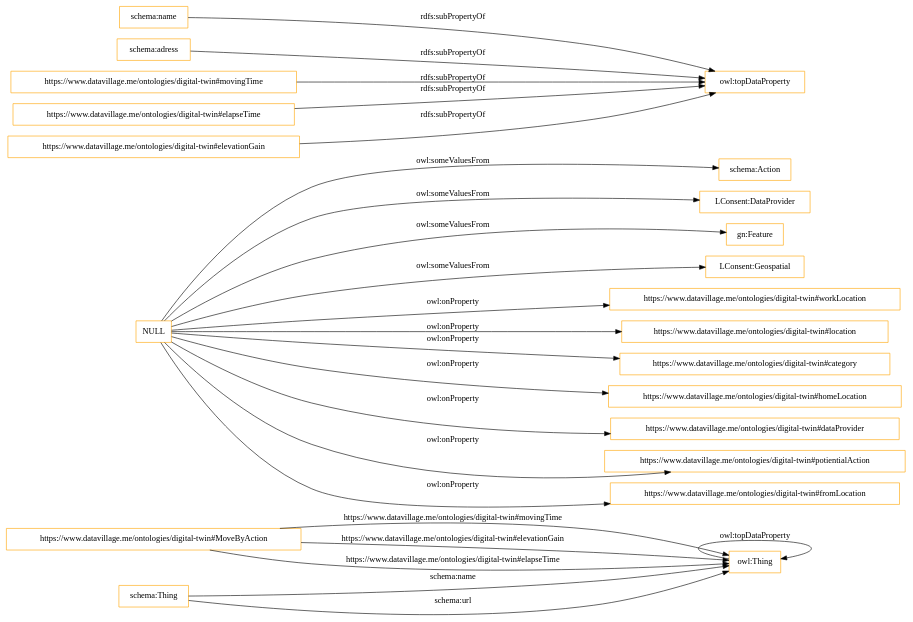
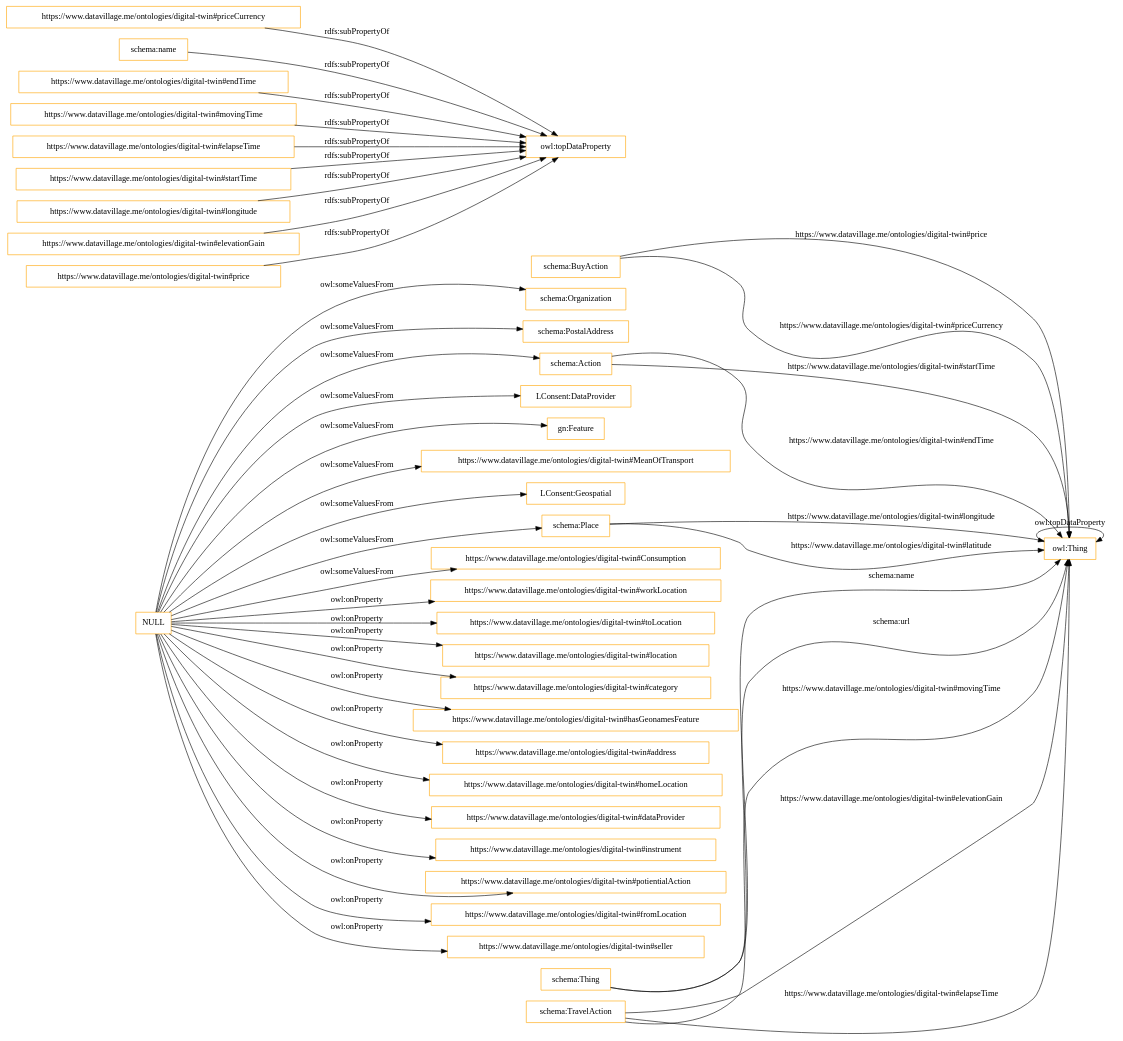
One commit to datavillage-me/ontologies changed the diagram in OnToology/digital-twin/ontology.owl/diagrams/ar2dtool-class/ontology.owl.png.dot. Above: the diagram before and after it, drawn with Graphviz. The commit also changed 27 other files, not shown here.

```diff
--- a/OnToology/digital-twin/ontology.owl/diagrams/ar2dtool-class/ontology.owl.png.dot
+++ b/OnToology/digital-twin/ontology.owl/diagrams/ar2dtool-class/ontology.owl.png.dot
@@ -1,28 +1,48 @@
 digraph ar2dtool_diagram { 
 rankdir=LR;
 size="1501"
-node [shape = rectangle, color="orange"]; "https://www.datavillage.me/ontologies/digital-twin#MoveByAction" "schema:Action" "LConsent:DataProvider" "schema:Thing" "gn:Feature" "LConsent:Geospatial" ; /*classes style*/
+node [shape = rectangle, color="orange"]; "schema:BuyAction" "schema:Organization" "schema:PostalAddress" "schema:Action" "LConsent:DataProvider" "schema:Thing" "gn:Feature" "https://www.datavillage.me/ontologies/digital-twin#MeanOfTransport" "LConsent:Geospatial" "schema:Place" "https://www.datavillage.me/ontologies/digital-twin#Consumption" "schema:TravelAction" ; /*classes style*/
+	"https://www.datavillage.me/ontologies/digital-twin#priceCurrency" -> "owl:topDataProperty" [ label = "rdfs:subPropertyOf" ];
 	"schema:name" -> "owl:topDataProperty" [ label = "rdfs:subPropertyOf" ];
-	"schema:adress" -> "owl:topDataProperty" [ label = "rdfs:subPropertyOf" ];
+	"https://www.datavillage.me/ontologies/digital-twin#endTime" -> "owl:topDataProperty" [ label = "rdfs:subPropertyOf" ];
 	"https://www.datavillage.me/ontologies/digital-twin#movingTime" -> "owl:topDataProperty" [ label = "rdfs:subPropertyOf" ];
 	"https://www.datavillage.me/ontologies/digital-twin#elapseTime" -> "owl:topDataProperty" [ label = "rdfs:subPropertyOf" ];
+	"https://www.datavillage.me/ontologies/digital-twin#startTime" -> "owl:topDataProperty" [ label = "rdfs:subPropertyOf" ];
+	"https://www.datavillage.me/ontologies/digital-twin#longitude" -> "owl:topDataProperty" [ label = "rdfs:subPropertyOf" ];
 	"https://www.datavillage.me/ontologies/digital-twin#elevationGain" -> "owl:topDataProperty" [ label = "rdfs:subPropertyOf" ];
 	"NULL" -> "https://www.datavillage.me/ontologies/digital-twin#workLocation" [ label = "owl:onProperty" ];
+	"NULL" -> "https://www.datavillage.me/ontologies/digital-twin#toLocation" [ label = "owl:onProperty" ];
 	"NULL" -> "https://www.datavillage.me/ontologies/digital-twin#location" [ label = "owl:onProperty" ];
 	"NULL" -> "gn:Feature" [ label = "owl:someValuesFrom" ];
 	"NULL" -> "https://www.datavillage.me/ontologies/digital-twin#category" [ label = "owl:onProperty" ];
+	"NULL" -> "https://www.datavillage.me/ontologies/digital-twin#hasGeonamesFeature" [ label = "owl:onProperty" ];
+	"NULL" -> "https://www.datavillage.me/ontologies/digital-twin#address" [ label = "owl:onProperty" ];
 	"NULL" -> "https://www.datavillage.me/ontologies/digital-twin#homeLocation" [ label = "owl:onProperty" ];
 	"NULL" -> "https://www.datavillage.me/ontologies/digital-twin#dataProvider" [ label = "owl:onProperty" ];
+	"NULL" -> "https://www.datavillage.me/ontologies/digital-twin#instrument" [ label = "owl:onProperty" ];
+	"NULL" -> "schema:Place" [ label = "owl:someValuesFrom" ];
+	"NULL" -> "schema:PostalAddress" [ label = "owl:someValuesFrom" ];
 	"NULL" -> "LConsent:Geospatial" [ label = "owl:someValuesFrom" ];
 	"NULL" -> "schema:Action" [ label = "owl:someValuesFrom" ];
+	"NULL" -> "schema:Organization" [ label = "owl:someValuesFrom" ];
 	"NULL" -> "https://www.datavillage.me/ontologies/digital-twin#potientialAction" [ label = "owl:onProperty" ];
 	"NULL" -> "LConsent:DataProvider" [ label = "owl:someValuesFrom" ];
+	"NULL" -> "https://www.datavillage.me/ontologies/digital-twin#MeanOfTransport" [ label = "owl:someValuesFrom" ];
+	"NULL" -> "https://www.datavillage.me/ontologies/digital-twin#Consumption" [ label = "owl:someValuesFrom" ];
 	"NULL" -> "https://www.datavillage.me/ontologies/digital-twin#fromLocation" [ label = "owl:onProperty" ];
-	"https://www.datavillage.me/ontologies/digital-twin#MoveByAction" -> "owl:Thing" [ label = "https://www.datavillage.me/ontologies/digital-twin#movingTime" ];
+	"NULL" -> "https://www.datavillage.me/ontologies/digital-twin#seller" [ label = "owl:onProperty" ];
+	"https://www.datavillage.me/ontologies/digital-twin#price" -> "owl:topDataProperty" [ label = "rdfs:subPropertyOf" ];
+	"schema:BuyAction" -> "owl:Thing" [ label = "https://www.datavillage.me/ontologies/digital-twin#price" ];
+	"schema:TravelAction" -> "owl:Thing" [ label = "https://www.datavillage.me/ontologies/digital-twin#movingTime" ];
 	"schema:Thing" -> "owl:Thing" [ label = "schema:name" ];
-	"https://www.datavillage.me/ontologies/digital-twin#MoveByAction" -> "owl:Thing" [ label = "https://www.datavillage.me/ontologies/digital-twin#elevationGain" ];
-	"https://www.datavillage.me/ontologies/digital-twin#MoveByAction" -> "owl:Thing" [ label = "https://www.datavillage.me/ontologies/digital-twin#elapseTime" ];
+	"schema:Action" -> "owl:Thing" [ label = "https://www.datavillage.me/ontologies/digital-twin#startTime" ];
+	"schema:BuyAction" -> "owl:Thing" [ label = "https://www.datavillage.me/ontologies/digital-twin#priceCurrency" ];
+	"schema:TravelAction" -> "owl:Thing" [ label = "https://www.datavillage.me/ontologies/digital-twin#elevationGain" ];
+	"schema:TravelAction" -> "owl:Thing" [ label = "https://www.datavillage.me/ontologies/digital-twin#elapseTime" ];
+	"schema:Place" -> "owl:Thing" [ label = "https://www.datavillage.me/ontologies/digital-twin#longitude" ];
 	"owl:Thing" -> "owl:Thing" [ label = "owl:topDataProperty" ];
+	"schema:Action" -> "owl:Thing" [ label = "https://www.datavillage.me/ontologies/digital-twin#endTime" ];
 	"schema:Thing" -> "owl:Thing" [ label = "schema:url" ];
+	"schema:Place" -> "owl:Thing" [ label = "https://www.datavillage.me/ontologies/digital-twin#latitude" ];
 
 }
```
